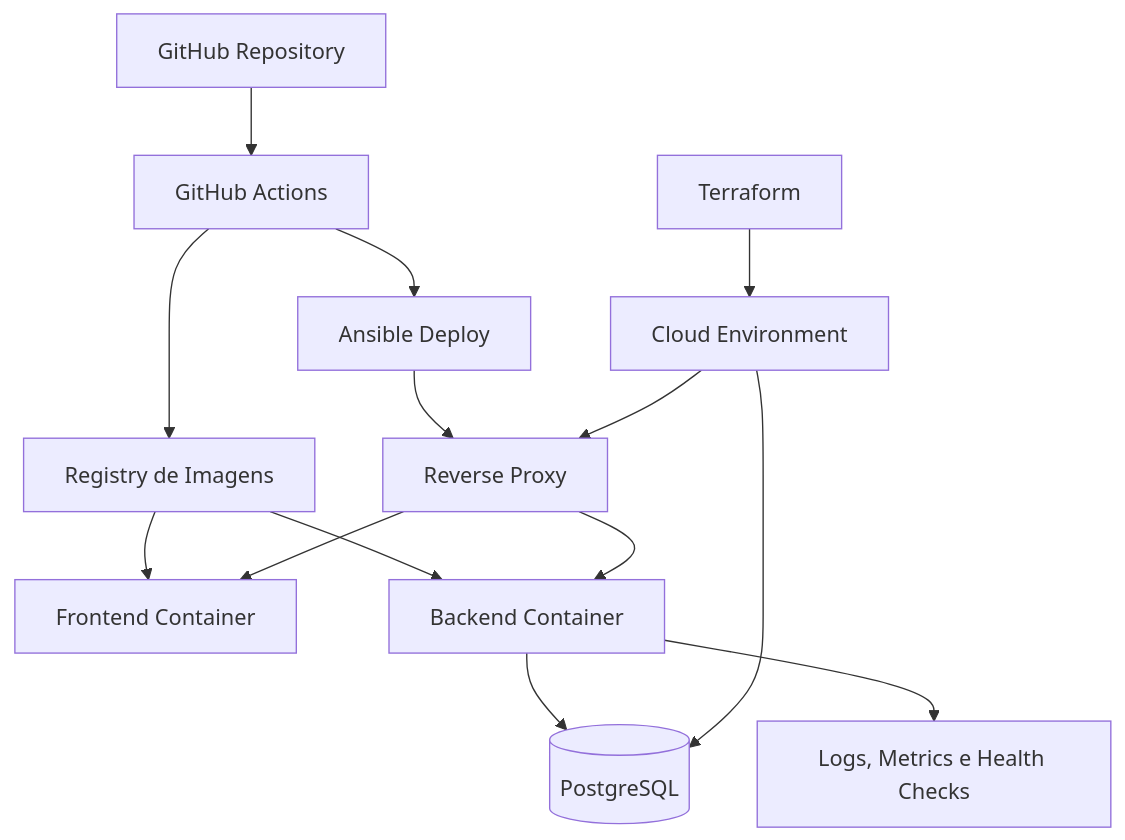
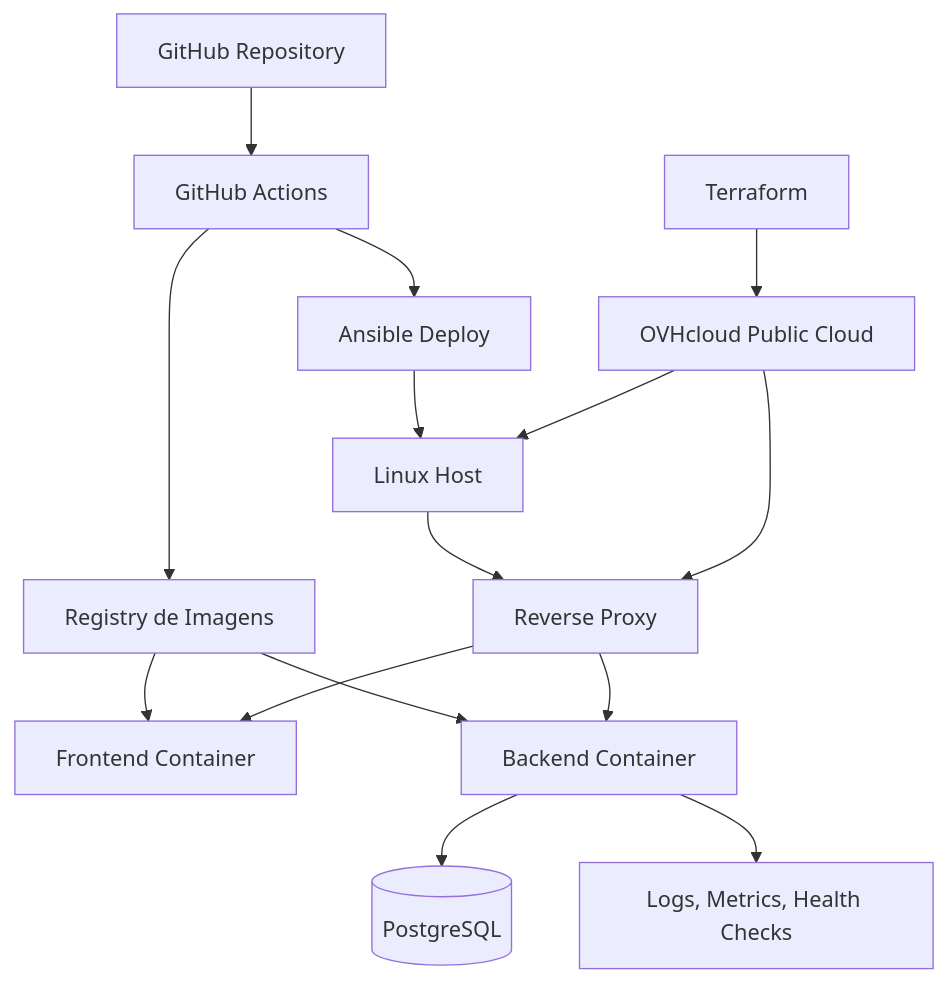
Before and after one commit to diegosantos-ai/mini-erp-modular: the third of 4 diagrams in docs/03-arquitetura.md, drawn with Mermaid. The commit also changed other lines of this file and 7 other files, not shown here.

````diff
--- a/docs/03-arquitetura.md
+++ b/docs/03-arquitetura.md
@@ -103,16 +108,17 @@
 ```mermaid
 flowchart TB
     GH[GitHub Repository] --> CI[GitHub Actions]
-    TF[Terraform] --> CLOUD[Cloud Environment]
+    TF[Terraform] --> CLOUD[OVHcloud Public Cloud]
     CI --> REG[Registry de Imagens]
     CI --> DEPLOY[Ansible Deploy]
-    DEPLOY --> RP[Reverse Proxy]
+    DEPLOY --> HOST[Linux Host]
+    HOST --> RP[Reverse Proxy]
     REG --> FE[Frontend Container]
     REG --> BE[Backend Container]
     RP --> FE
     RP --> BE
     BE --> DB[(PostgreSQL)]
-    BE --> OBS[Logs, Metrics e Health Checks]
+    BE --> OBS[Logs, Metrics, Health Checks]
     CLOUD --> RP
-    CLOUD --> DB
+    CLOUD --> HOST
 ```
````
